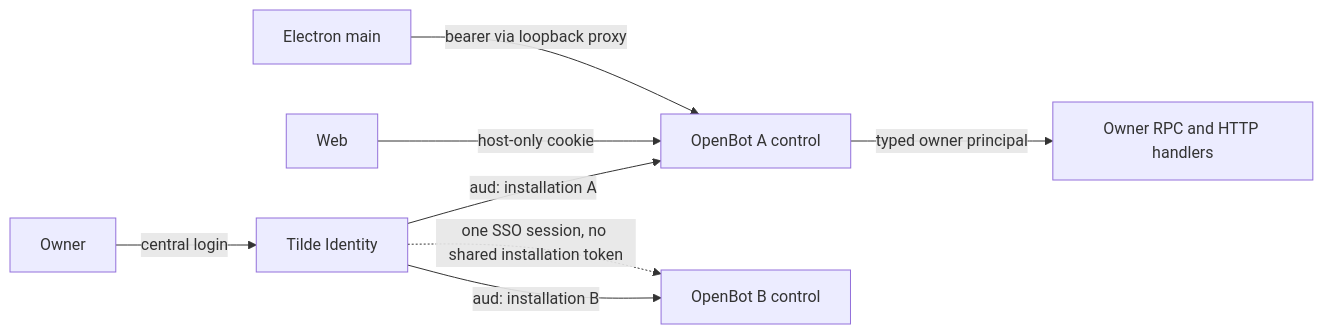
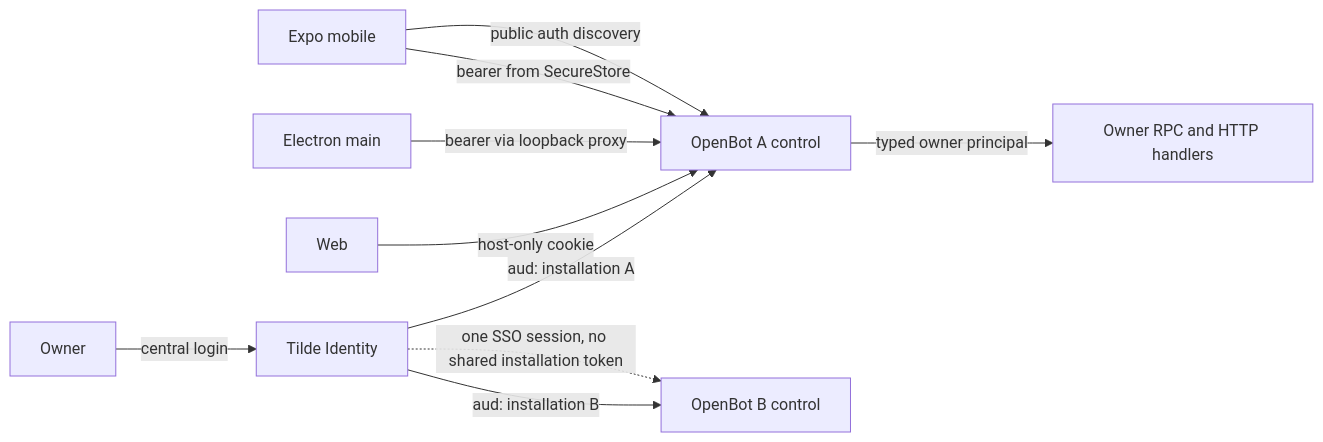
The diagram in docs/adrs/0016-tilde-oidc-installation-authorization.md (trytilde/dispatch), drawn with Mermaid before and after one commit. The commit also changed other lines of this file and 85 other files, not shown here.

First line of the commit message:
feat(client-runtime): add shared client runtime and Expo mobile client

````diff
--- a/docs/adrs/0016-tilde-oidc-installation-authorization.md
+++ b/docs/adrs/0016-tilde-oidc-installation-authorization.md
@@ -111,10 +125,12 @@
 ```mermaid
 flowchart LR
   O["Owner"] -->|"central login"| I["Tilde Identity"]
   I -->|"aud: installation A"| A["OpenBot A control"]
   I -->|"aud: installation B"| B["OpenBot B control"]
   W["Web"] -->|"host-only cookie"| A
   E["Electron main"] -->|"bearer via loopback proxy"| A
+  M["Expo mobile"] -->|"bearer from SecureStore"| A
+  M -->|"public auth discovery"| A
   A -->|"typed owner principal"| C["Owner RPC and HTTP handlers"]
   I -. "one SSO session, no shared installation token" .-> B
 ```
````
